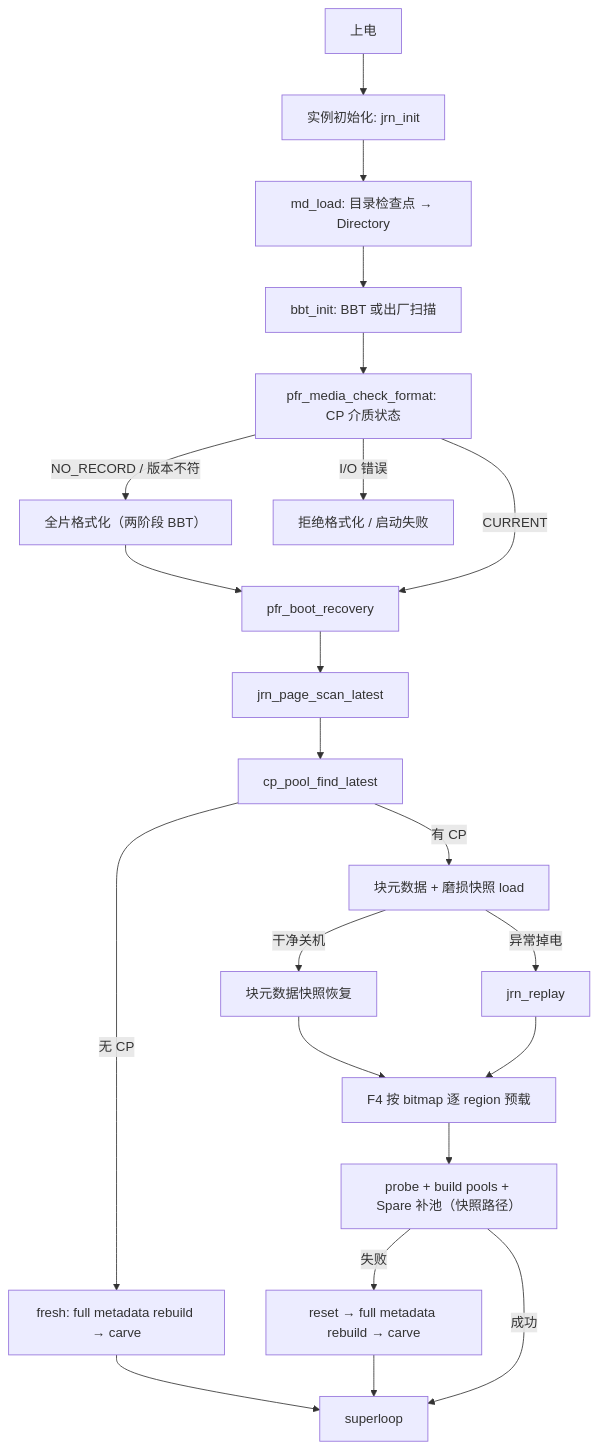
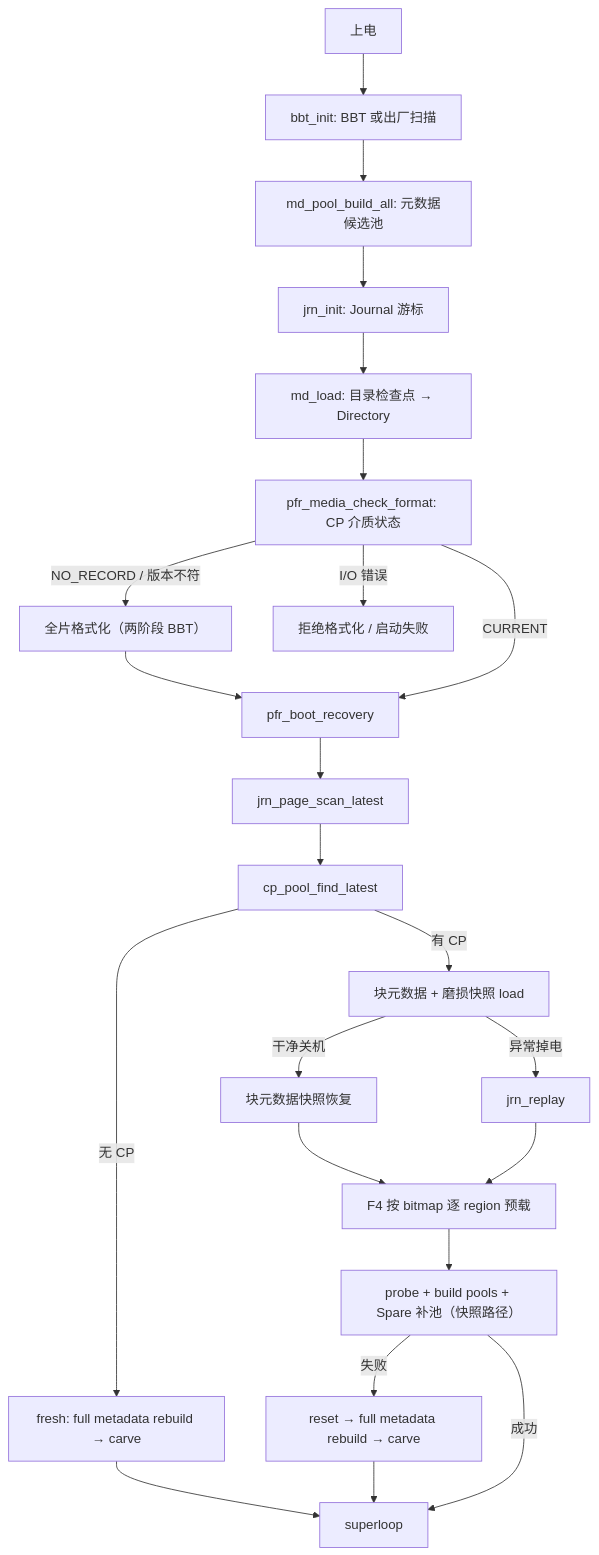
The tenth of 50 diagrams in docs/design/ftl_design.md (YzYMIAO/BASESSD), drawn with Mermaid before and after one commit. The commit also changed other lines of this file and 42 other files, not shown here.

````diff
--- a/docs/design/ftl_design.md
+++ b/docs/design/ftl_design.md
@@ -913,24 +981,25 @@
 ```mermaid
 flowchart TD
- PWR["上电"] --> JI["实例初始化: jrn_init"]
+ PWR["上电"] --> BBTI["bbt_init: BBT 或出厂扫描"]
+ BBTI --> POOL0["md_pool_build_all: 元数据候选池"]
+ POOL0 --> JI["jrn_init: Journal 游标"]
  JI --> MDL["md_load: 目录检查点 → Directory"]
- MDL --> BBTI["bbt_init: BBT 或出厂扫描"]
- BBTI --> VER["pfr_media_check_format: CP 介质状态"]
+ MDL --> VER["pfr_media_check_format: CP 介质状态"]
  VER -- "NO_RECORD / 版本不符" --> FMT["全片格式化（两阶段 BBT）"]
  VER -- "I/O 错误" --> HALT["拒绝格式化 / 启动失败"]
  VER -- "CURRENT" --> BR["pfr_boot_recovery"]
  FMT --> BR
  BR --> JS["jrn_page_scan_latest"]
  JS --> CPF["cp_pool_find_latest"]
  CPF -- "无 CP" --> FRESH["fresh: full metadata rebuild → carve"]
  CPF -- "有 CP" --> LS["块元数据 + 磨损快照 load"]
  LS -- "干净关机" --> CL["块元数据快照恢复"]
  LS -- "异常掉电" --> JR["jrn_replay"]
  CL --> F4["F4 按 bitmap 逐 region 预载"]
  JR --> F4
  F4 --> POOL["probe + build pools + Spare 补池（快照路径）"]
  POOL -- "失败" --> FB["reset → full metadata rebuild → carve"]
  POOL -- "成功" --> LOOP["superloop"]
  FRESH --> LOOP
  FB --> LOOP
 ```
````
